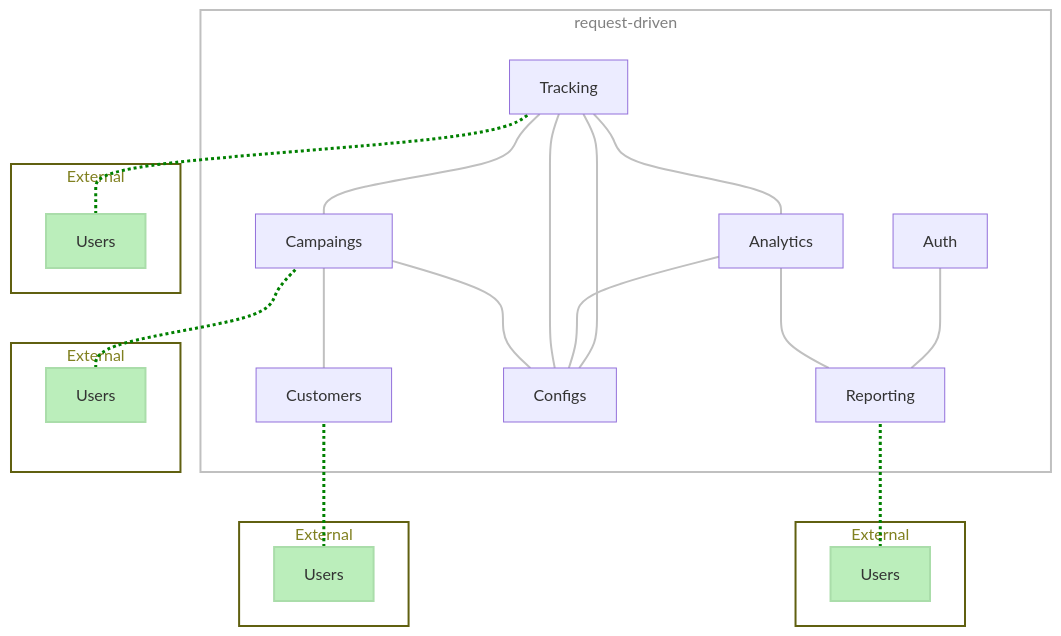
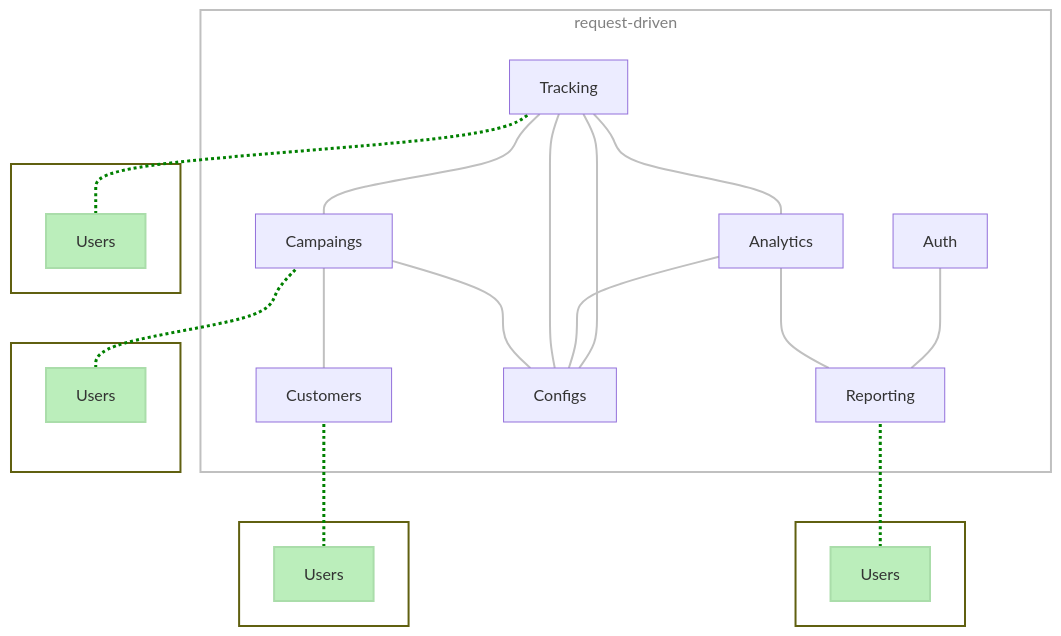
The second of 4 diagrams in docs/Software-Architeture/microservices.md (sdelrio/golden-forest), drawn with Mermaid before and after one commit. The commit also changed other lines of this file, not shown here.

Commit message:
microservices: fix diagrams titles

````diff
--- a/docs/Software-Architeture/microservices.md
+++ b/docs/Software-Architeture/microservices.md
@@ -70,66 +70,66 @@
 ```mermaid
     graph BT;
 
         subgraph "request-driven"
             subgraph level-1 [" "]
                 auth[Auth] 
                 reporting[Reporting]
                 analytics[Analytics]
             end
             reporting --- auth
             reporting --- analytics
 
             subgraph level-2 [" "]
                 configs[Configs]
                 tracking[Tracking]
             end
             configs --- tracking
             configs --- analytics & tracking & campaings 
     
             subgraph level-3 [" "]
                 customers[Customers]
                 campaings[Campaings]
             end
             customers --- campaings
             analytics --- tracking
             campaings --- tracking
         end
 
-        subgraph external-1 [External]
+        subgraph external-1 [" "]
             users-1[Users]
         end
         users-1 --- reporting
 
-        subgraph external-2 [External]
+        subgraph external-2 [" "]
             users-2[Users]
         end
         users-2 --- tracking
 
-        subgraph external-3 [External]
+        subgraph external-3 [" "]
             users-3[Users]
         end
         users-3 --- customers
 
-        subgraph external-4 [External]
+        subgraph external-4 [" "]
             users-4[Users]
         end
         users-4 --- campaings
 
 
         linkStyle 9 stroke:green,stroke-width:3px,stroke-dasharray:3;
         linkStyle 10 stroke:green,stroke-width:3px,stroke-dasharray:3;
         linkStyle 11 stroke:green,stroke-width:3px,stroke-dasharray:3;
         linkStyle 12 stroke:green,stroke-width:3px,stroke-dasharray:3;
         linkStyle default stroke-width:2px,fill:none,stroke:#c0c0c0
 
         classDef green fill:#beb,stroke:#ada,stroke-width:2px
         class users-1,users-2,users-3,users-4 green
 
         classDef ext color:#808020,fill:none,stroke:#606010,stroke-width:2px
         class external-1,external-2,external-3,external-4 ext
 
         classDef section color:#808080,fill:none,stroke:#c0c0c0,stroke-width:2px
         classDef sectiontrans color:none,fill:none,stroke:none,stroke-width:2px
         class level-1,level-2,level-3 sectiontrans
         class request-driven section
 ```
````
